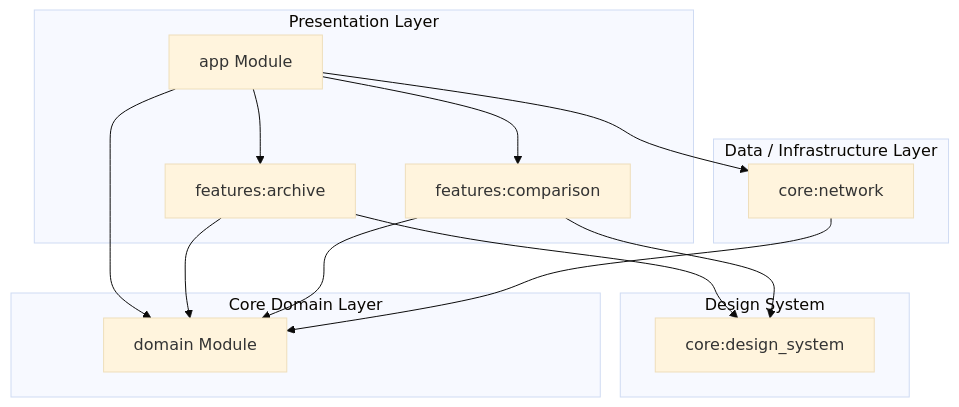
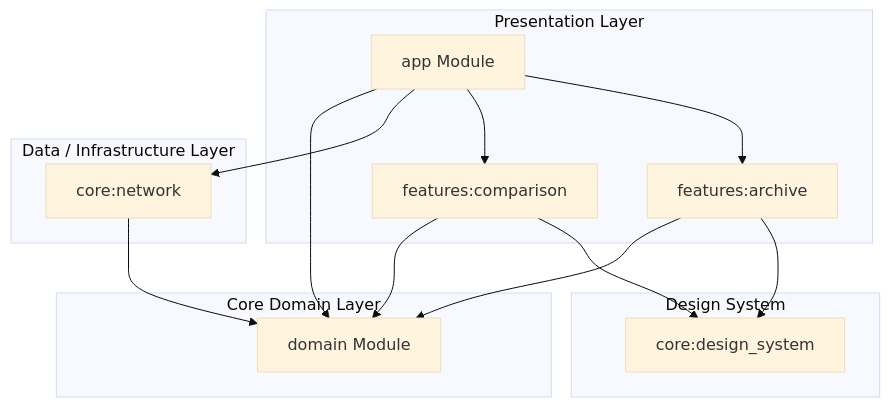
Before and after one commit to Anenha/SuperHero: the diagram in README.md, drawn with Mermaid (base theme).

````diff
--- a/README.md
+++ b/README.md
@@ -32,33 +32,35 @@
 ```mermaid
 graph TD
     subgraph Presentation Layer
         app[app Module]
         feat_archive[features:archive]
         feat_compare[features:comparison]
     end
 
     subgraph Design System
         ds[core:design_system]
     end
 
     subgraph Data / Infrastructure Layer
         net[core:network]
     end
 
     subgraph Core Domain Layer
         dom[domain Module]
     end
 
     %% Dependency Connections
     app --> feat_archive
     app --> feat_compare
     app --> net
     app --> dom
+    
+    feat_archive --> ds
+    feat_compare --> ds
 
     feat_archive --> dom
-    feat_archive --> ds
     feat_compare --> dom
-    feat_compare --> ds
 
+   
     net --> dom
 ```
````
